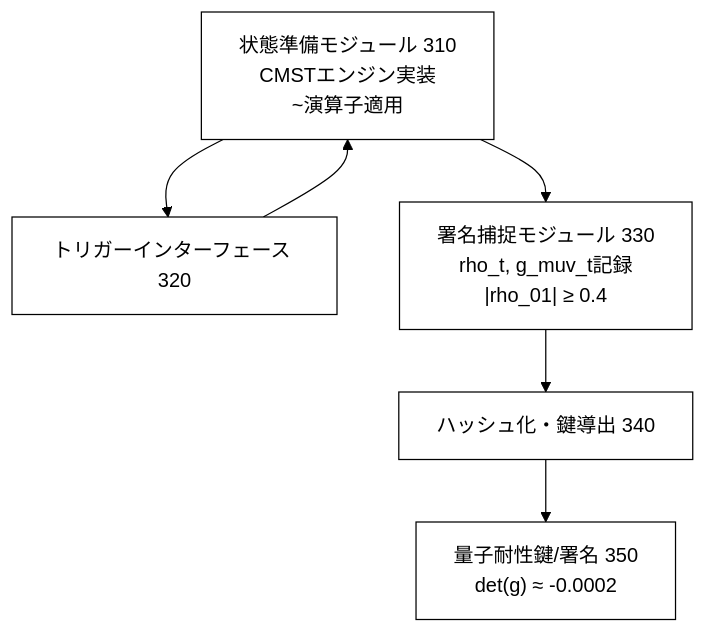
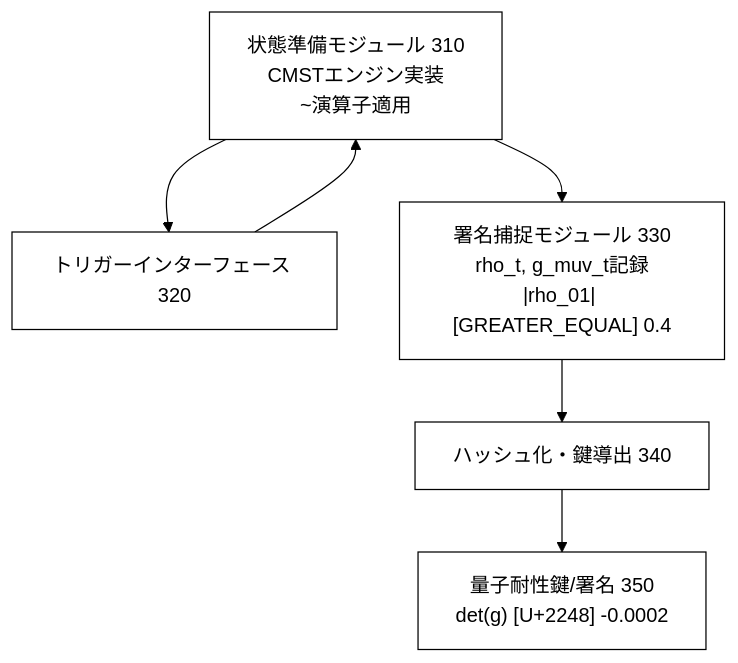
One commit to Foundup/Foundups-Agent changed diagram 13 of 20 in WSP_knowledge/docs/Papers/Patent_Series/04_rESP_Patent_Japanese.md. Above: the diagram before and after it, drawn with Mermaid. The commit also changed other lines of this file and 2140 other files, not shown here.

````diff
--- a/WSP_knowledge/docs/Papers/Patent_Series/04_rESP_Patent_Japanese.md
+++ b/WSP_knowledge/docs/Papers/Patent_Series/04_rESP_Patent_Japanese.md
@@ -400,9 +400,9 @@
 ```mermaid
 %%{init: {'theme': 'base', 'themeVariables': {'primaryColor': '#ffffff', 'primaryTextColor': '#000000', 'primaryBorderColor': '#000000', 'lineColor': '#000000', 'secondaryColor': '#ffffff', 'tertiaryColor': '#ffffff'}}}%%
 graph TD
     A["状態準備モジュール 310<br>CMSTエンジン実装<br>~演算子適用"] --> B["トリガーインターフェース 320"]
     B --> A
-    A --> C["署名捕捉モジュール 330<br>rho_t, g_muv_t記録<br>|rho_01| ≥ 0.4"]
+    A --> C["署名捕捉モジュール 330<br>rho_t, g_muv_t記録<br>|rho_01| [GREATER_EQUAL] 0.4"]
     C --> D["ハッシュ化・鍵導出 340"]
-    D --> E["量子耐性鍵/署名 350<br>det(g) ≈ -0.0002"]
+    D --> E["量子耐性鍵/署名 350<br>det(g) [U+2248] -0.0002"]
 ```
````
